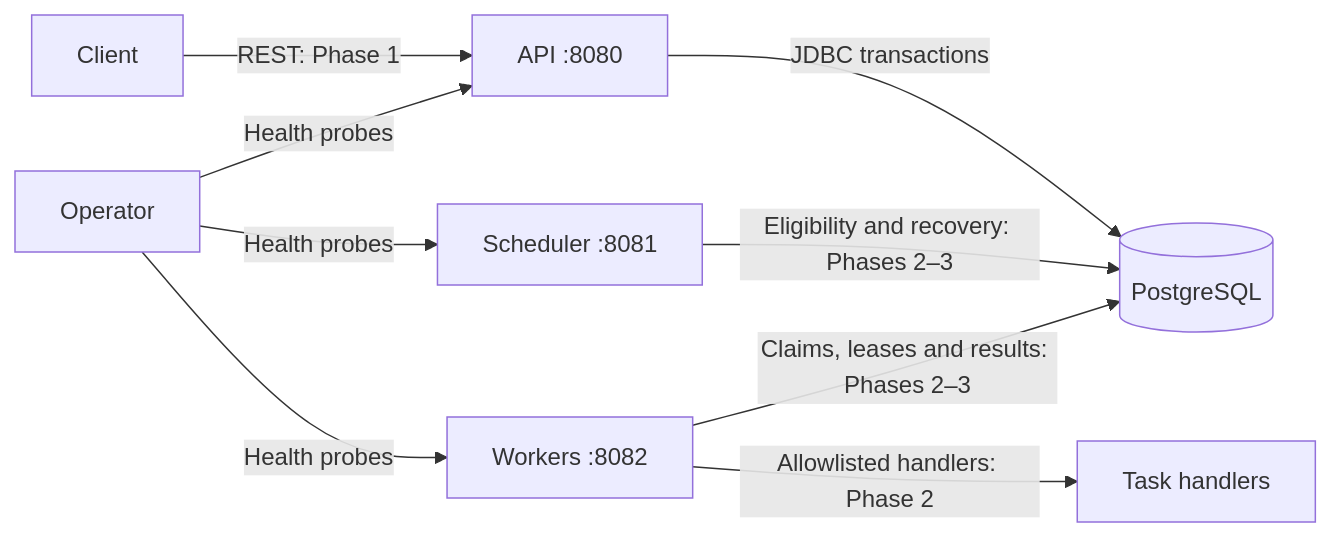
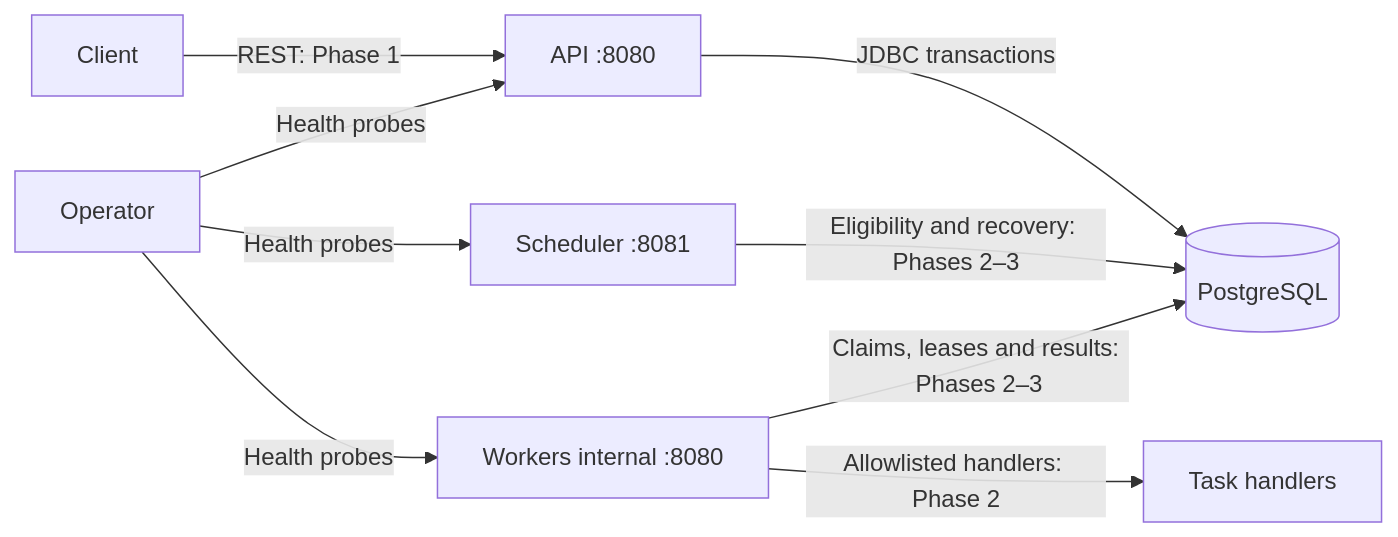
The diagram in ARCHITECTURE.md (keechu32/DurableFlow), drawn with Mermaid before and after one commit. The commit also changed other lines of this file and 17 other files, not shown here.

````diff
--- a/ARCHITECTURE.md
+++ b/ARCHITECTURE.md
@@ -11,11 +11,11 @@
 ```mermaid
 flowchart LR
     Client[Client] -->|REST: Phase 1| API[API :8080]
     API -->|JDBC transactions| DB[(PostgreSQL)]
     Scheduler[Scheduler :8081] -->|Eligibility and recovery: Phases 2–3| DB
-    Worker[Workers :8082] -->|Claims, leases and results: Phases 2–3| DB
+    Worker[Workers internal :8080] -->|Claims, leases and results: Phases 2–3| DB
     Worker -->|Allowlisted handlers: Phase 2| Handler[Task handlers]
     Operator[Operator] -->|Health probes| API
     Operator -->|Health probes| Scheduler
     Operator -->|Health probes| Worker
 ```
````
